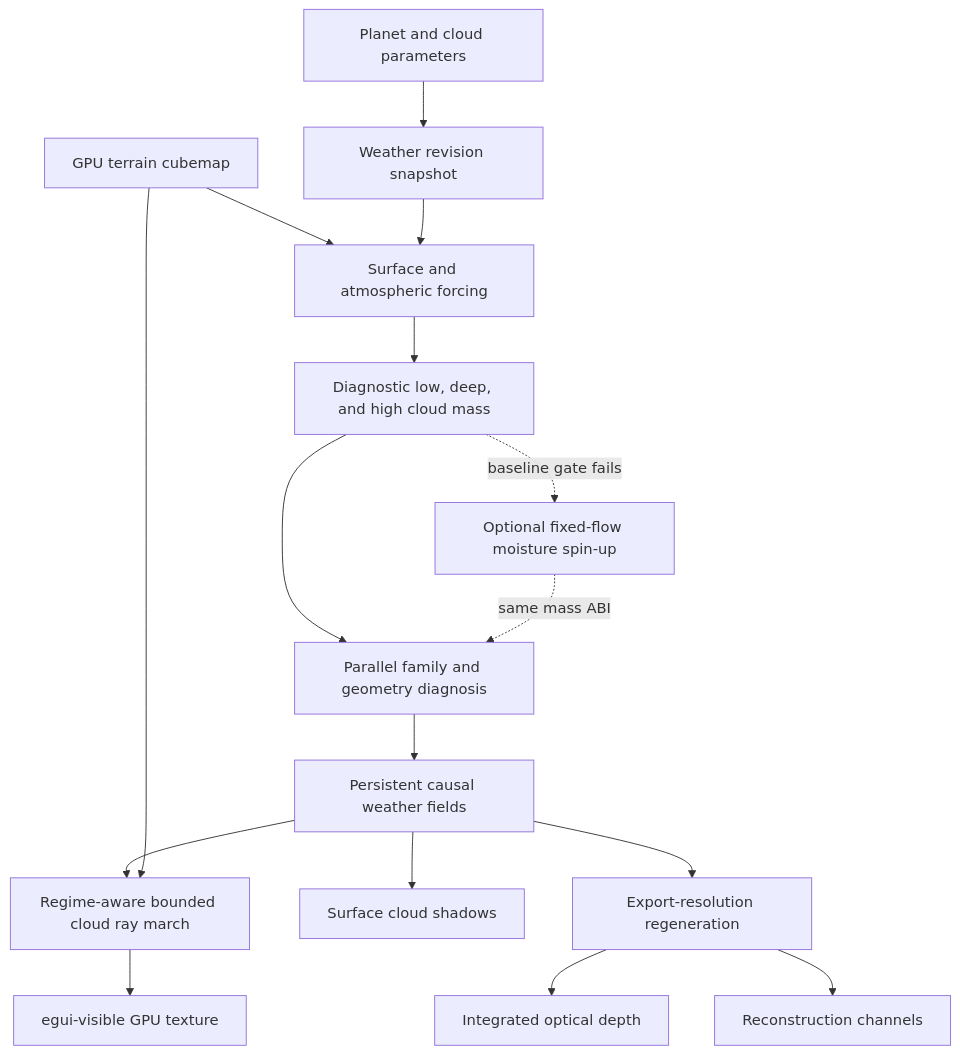
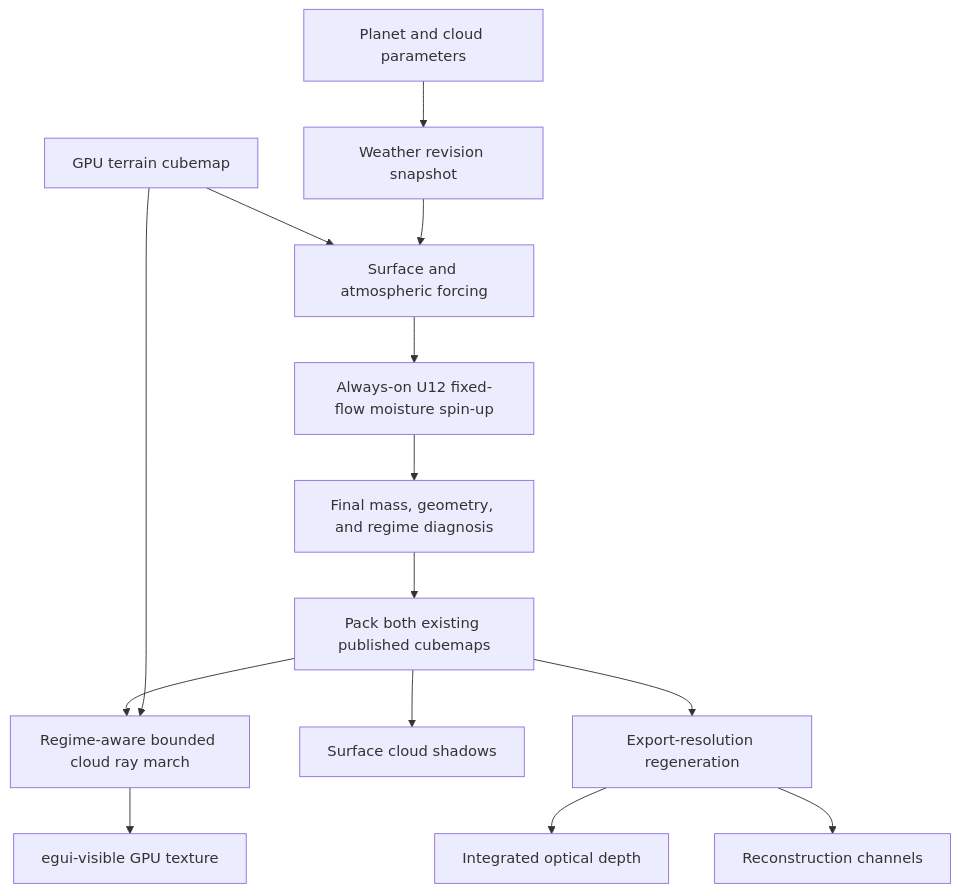
The first of 3 diagrams in docs/plans/2026-07-10-001-feat-shallow-volumetric-clouds-plan.md (ra100/planet-gen), drawn with Mermaid before and after one commit. The commit also changed other lines of this file and 2 other files, not shown here.

First line of the commit message:
📋 Plan marine and convective cloud improvements

````diff
--- a/docs/plans/2026-07-10-001-feat-shallow-volumetric-clouds-plan.md
+++ b/docs/plans/2026-07-10-001-feat-shallow-volumetric-clouds-plan.md
@@ -198,18 +205,16 @@
 ```mermaid
 flowchart TB
     UI[Planet and cloud parameters] --> Revision[Weather revision snapshot]
     Terrain[GPU terrain cubemap] --> Forcing[Surface and atmospheric forcing]
     Revision --> Forcing
-    Forcing --> Mass[Diagnostic low, deep, and high cloud mass]
-    Mass --> Regimes[Parallel family and geometry diagnosis]
-    Mass -. baseline gate fails .-> Spin[Optional fixed-flow moisture spin-up]
-    Spin -. same mass ABI .-> Regimes
-    Regimes --> Weather[Persistent causal weather fields]
+    Forcing --> Spin[Always-on U12 fixed-flow moisture spin-up]
+    Spin --> Diagnose[Final mass, geometry, and regime diagnosis]
+    Diagnose --> Weather[Pack both existing published cubemaps]
     Weather --> Preview[Regime-aware bounded cloud ray march]
     Terrain --> Preview
     Preview --> Target[egui-visible GPU texture]
     Weather --> Shadow[Surface cloud shadows]
     Weather --> Export[Export-resolution regeneration]
     Export --> Optical[Integrated optical depth]
     Export --> Channels[Reconstruction channels]
 ```
````
